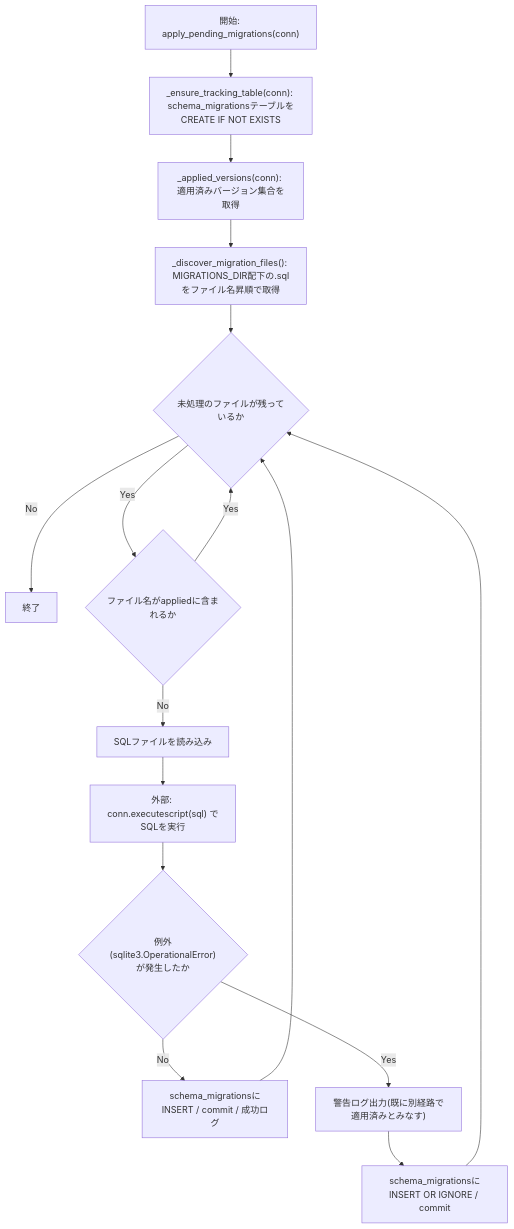
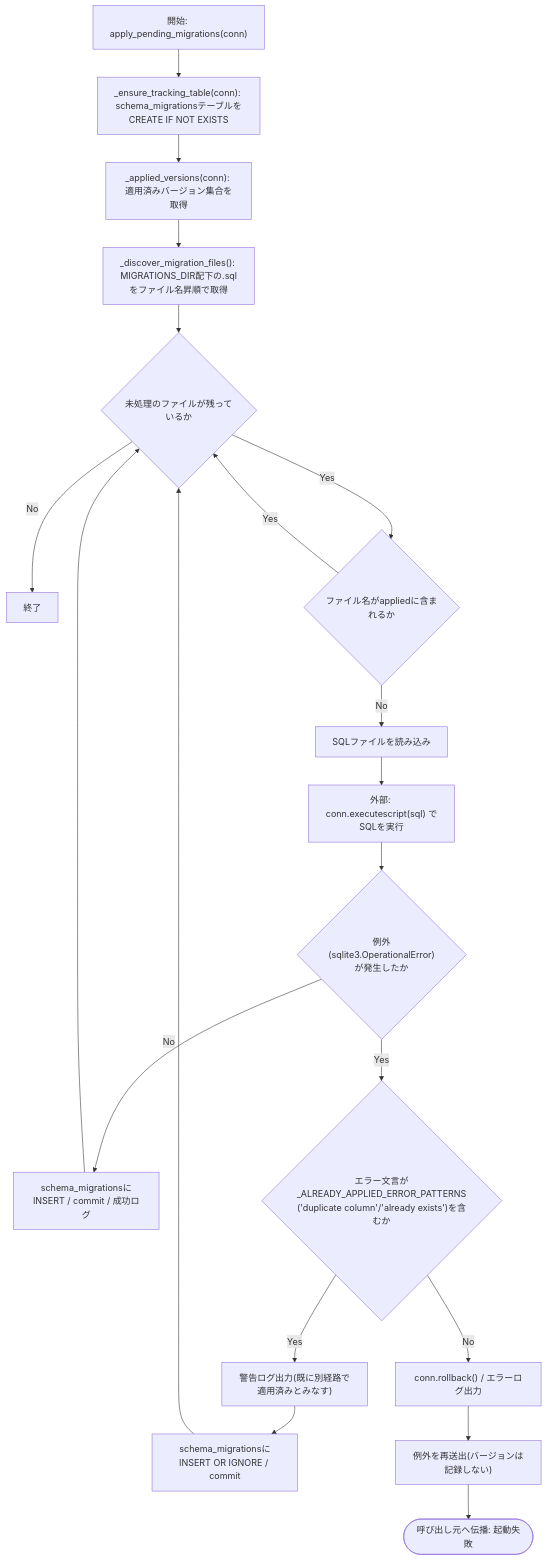
The first of 2 diagrams in docs/specifications/MY_HOME_SYSTEM/migrations.md (mmtigers/my_python_project), drawn with Mermaid before and after one commit. The commit also changed other lines of this file and 6 other files, not shown here.

````diff
--- a/docs/specifications/MY_HOME_SYSTEM/migrations.md
+++ b/docs/specifications/MY_HOME_SYSTEM/migrations.md
@@ -132,18 +132,22 @@
 ```mermaid
 flowchart TD
     A1["開始: apply_pending_migrations(conn)"] --> A2["_ensure_tracking_table(conn): schema_migrationsテーブルをCREATE IF NOT EXISTS"]
     A2 --> A3["_applied_versions(conn): 適用済みバージョン集合を取得"]
     A3 --> A4["_discover_migration_files(): MIGRATIONS_DIR配下の.sqlをファイル名昇順で取得"]
     A4 --> A5{"未処理のファイルが残っているか"}
     A5 -- No --> A9["終了"]
     A5 -- Yes --> A6{"ファイル名がappliedに含まれるか"}
     A6 -- Yes --> A5
     A6 -- No --> A7["SQLファイルを読み込み"]
     A7 --> A8["外部: conn.executescript(sql) でSQLを実行"]
     A8 --> A10{"例外(sqlite3.OperationalError)が発生したか"}
     A10 -- No --> A11["schema_migrationsにINSERT / commit / 成功ログ"]
-    A10 -- Yes --> A12["警告ログ出力(既に別経路で適用済みとみなす)"]
+    A10 -- Yes --> A14{"エラー文言が_ALREADY_APPLIED_ERROR_PATTERNS<br/>('duplicate column'/'already exists')を含むか"}
+    A14 -- Yes --> A12["警告ログ出力(既に別経路で適用済みとみなす)"]
     A12 --> A13["schema_migrationsにINSERT OR IGNORE / commit"]
+    A14 -- No --> A15["conn.rollback() / エラーログ出力"]
+    A15 --> A16["例外を再送出(バージョンは記録しない)"]
+    A16 --> A17(["呼び出し元へ伝播: 起動失敗"])
     A11 --> A5
     A13 --> A5
 ```
````
